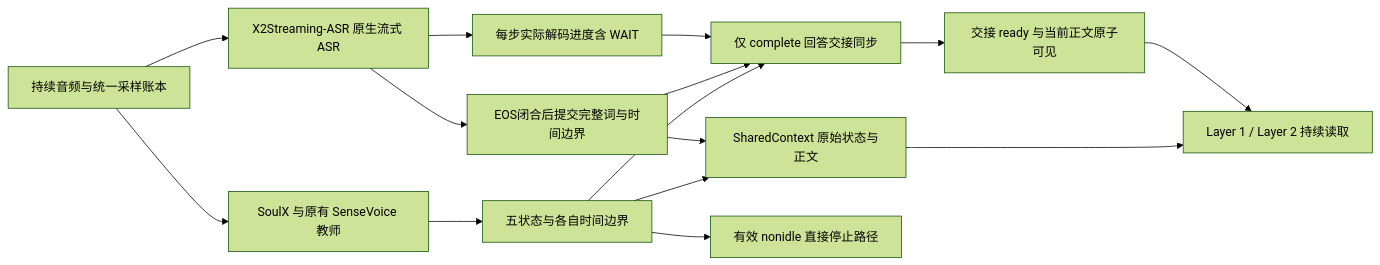
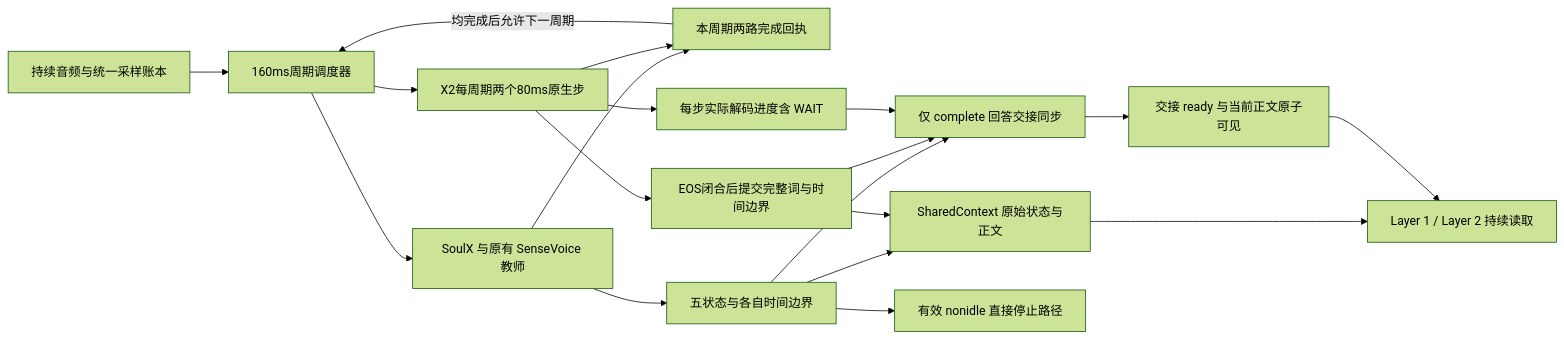
Before and after one commit to Vitalrubbish/InterClarify: the first of 2 diagrams in docs/dev/SoulX-Duplug/independent_streaming_frontend.md, drawn with Mermaid (forest theme). The commit also changed other lines of this file and 12 other files, not shown here.

````diff
--- a/docs/dev/SoulX-Duplug/independent_streaming_frontend.md
+++ b/docs/dev/SoulX-Duplug/independent_streaming_frontend.md
@@ -15,17 +15,21 @@
 ```mermaid
 flowchart LR
-    A[持续音频与统一采样账本] --> B[SoulX 与原有 SenseVoice 教师]
-    A --> C[X2Streaming-ASR 原生流式 ASR]
+    A[持续音频与统一采样账本] --> Q[160ms周期调度器]
+    Q --> B[SoulX 与原有 SenseVoice 教师]
+    Q --> C[X2每周期两个80ms原生步]
+    B --> R[本周期两路完成回执]
+    C --> R
+    R -->|均完成后允许下一周期| Q
     B --> D[五状态与各自时间边界]
     C --> E[EOS闭合后提交完整词与时间边界]
     D --> F[SharedContext 原始状态与正文]
     E --> F
     D --> I[仅 complete 回答交接同步]
     E --> I
     C --> J[每步实际解码进度含 WAIT]
     J --> I
     I --> K[交接 ready 与当前正文原子可见]
     F --> G[Layer 1 / Layer 2 持续读取]
     K --> G
     D --> H[有效 nonidle 直接停止路径]
 ```
````
